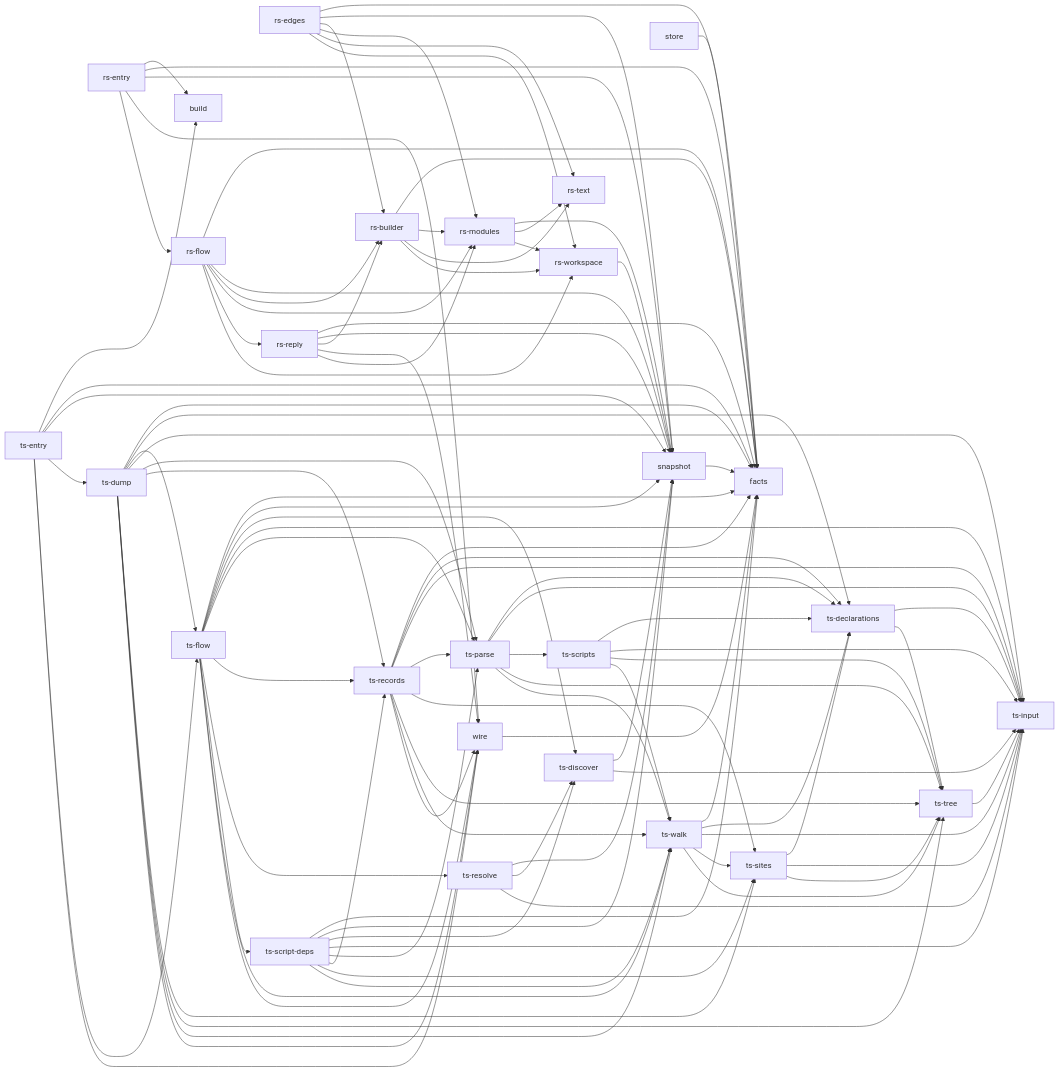
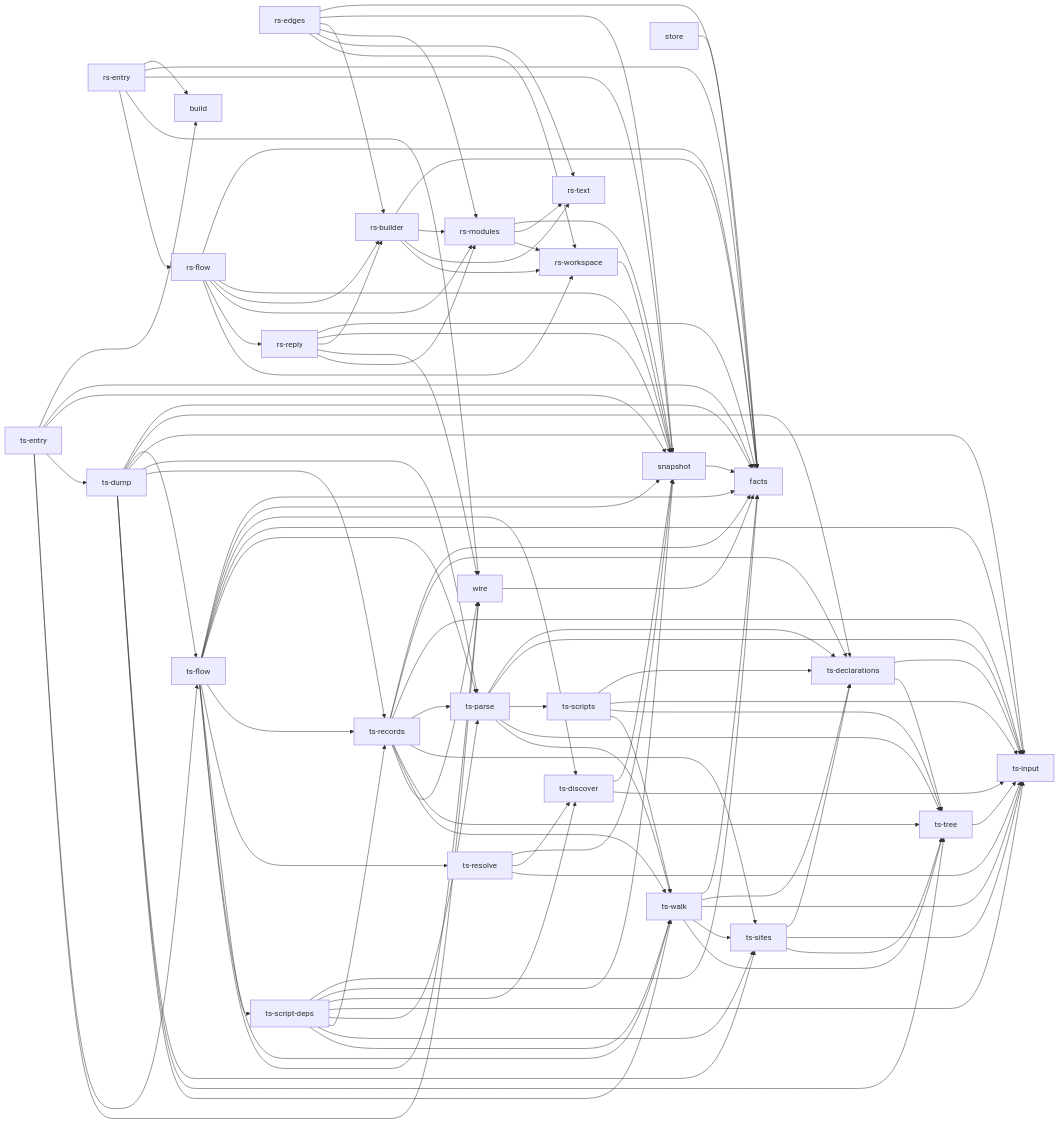
Before and after one commit to rapiddweller/archkeel: the diagram in docs/architecture/native.md, drawn with Mermaid. The commit also changed 30 other files, not shown here.

```diff
--- a/docs/architecture/native.md
+++ b/docs/architecture/native.md
@@ -72,7 +72,6 @@
     n_14 --> n_23
     n_14 --> n_24
     n_14 --> n_25
-    n_14 --> n_26
     n_15 --> n_0
     n_15 --> n_1
     n_15 --> n_10
```
